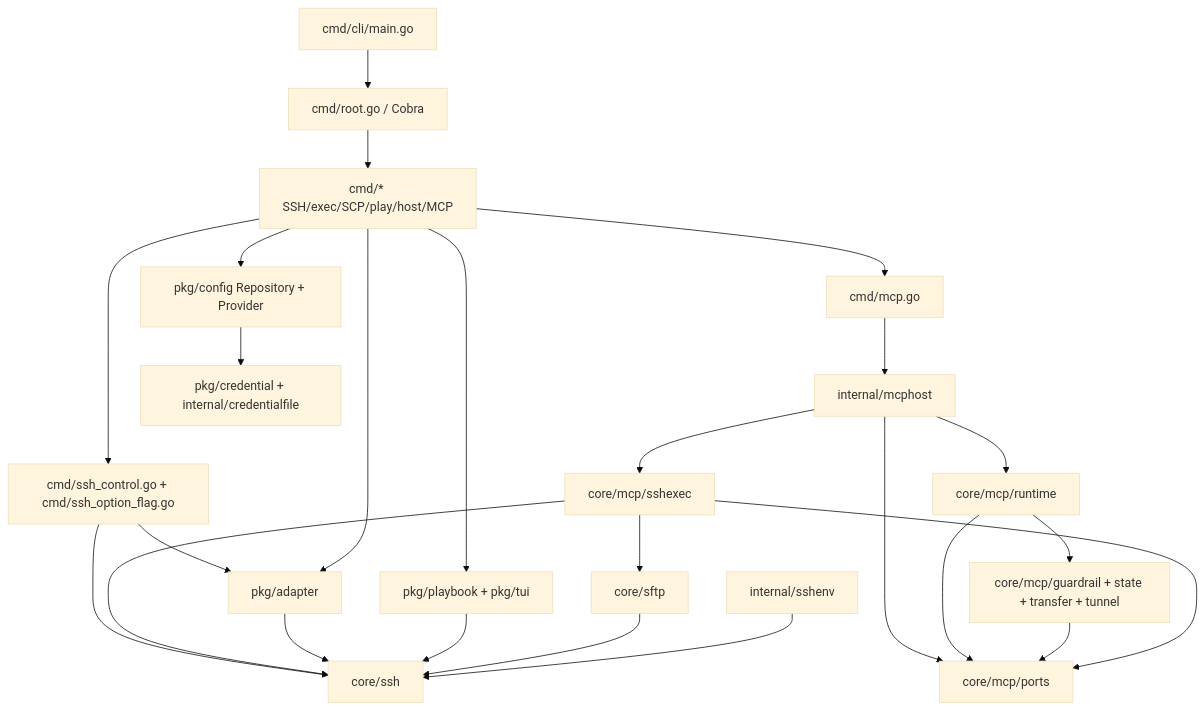
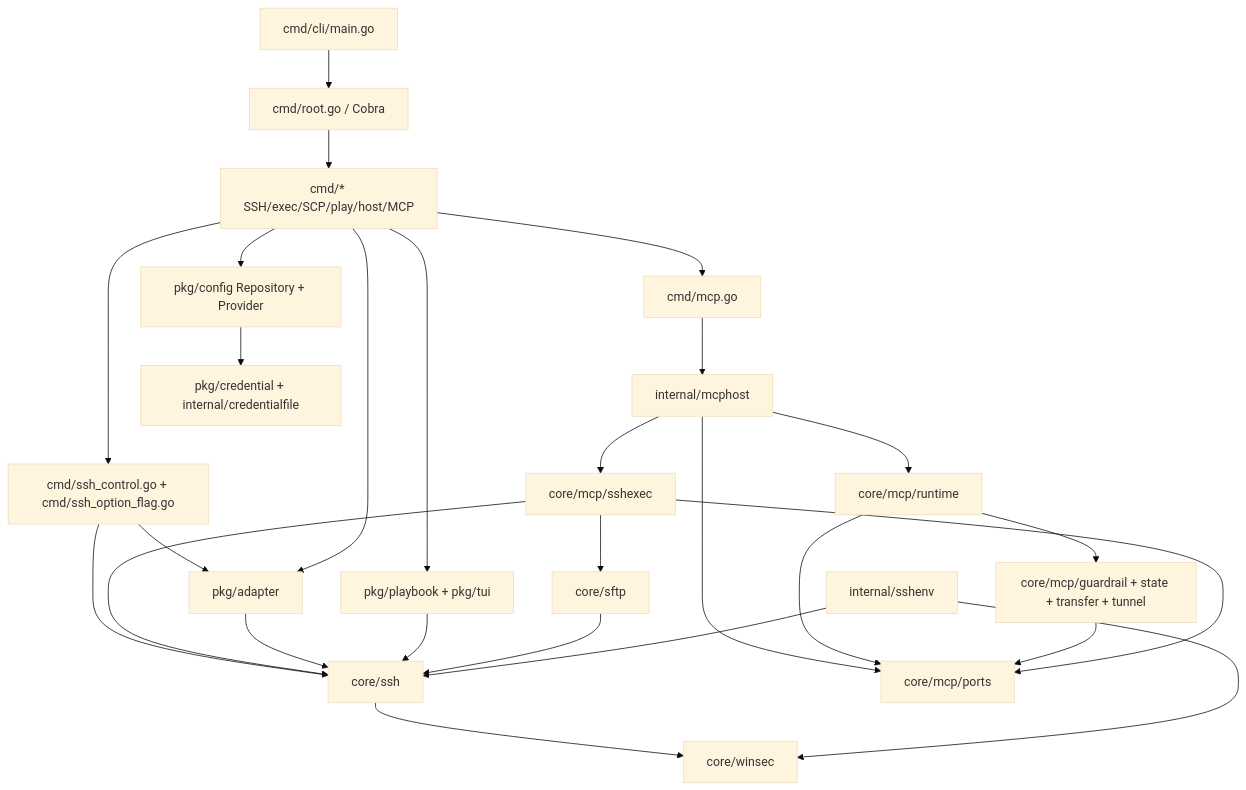
Before and after one commit to wentf9/xops-cli: the diagram in docs/development/governance/architecture-map.md, drawn with Mermaid (base theme). The commit also changed other lines of this file and 1 other file, not shown here.

Commit message:
test(clicontract,docs): add P4 static AST architecture guards and sync architecture-map

````diff
--- a/docs/development/governance/architecture-map.md
+++ b/docs/development/governance/architecture-map.md
@@ -11,27 +11,29 @@
 ```mermaid
 flowchart TD
   E[cmd/cli/main.go] --> R[cmd/root.go / Cobra]
   R --> C[cmd/* SSH/exec/SCP/play/host/MCP]
   C --> CTL[cmd/ssh_control.go + cmd/ssh_option_flag.go]
   CTL --> A[pkg/adapter]
   CTL --> SSH[core/ssh]
   C --> A
   C --> P[pkg/playbook + pkg/tui]
   C --> CFG[pkg/config Repository + Provider]
   C --> CM[cmd/mcp.go]
   CM --> MH[internal/mcphost]
   MH --> PORTS[core/mcp/ports]
   MH --> MR[core/mcp/runtime]
   MH --> B[core/mcp/sshexec]
   MR --> PORTS
   MR --> G[core/mcp/guardrail + state + transfer + tunnel]
   G --> PORTS
   B --> PORTS
   B --> SSH
   B --> SFTP[core/sftp]
   A --> SSH
   P --> SSH
   CFG --> CR[pkg/credential + internal/credentialfile]
   SFTP --> SSH
   ENV[internal/sshenv] --> SSH
+  SSH --> WINSEC[core/winsec]
+  ENV --> WINSEC
 ```
````
